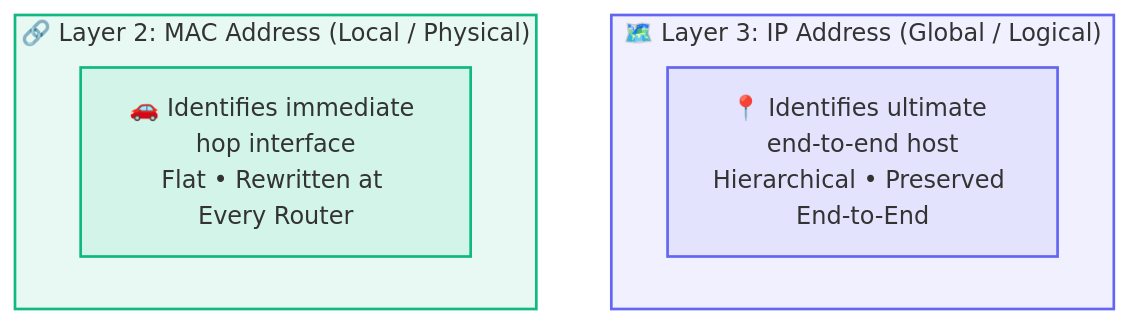
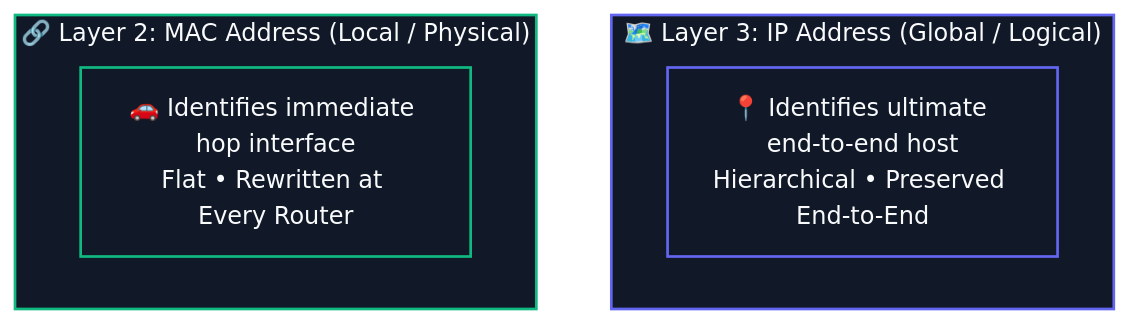
One commit to abhinavbharti2345/CS_Notes changed the second of 4 diagrams in CS/Computer Networking/02. Data Flow & Encapsulation/04. Ethernet and MAC Addressing.md. Above: the diagram before and after it, drawn with Mermaid. The commit also changed other lines of this file and 195 other files, not shown here.

````diff
--- a/CS/Computer Networking/02. Data Flow & Encapsulation/04. Ethernet and MAC Addressing.md
+++ b/CS/Computer Networking/02. Data Flow & Encapsulation/04. Ethernet and MAC Addressing.md
@@ -58,14 +59,15 @@
 ```mermaid
+%%{init: {'theme': 'base', 'themeVariables': { 'darkMode': true, 'background': '#0B0F14', 'mainBkg': '#111827', 'primaryColor': '#111827', 'primaryTextColor': '#F8FAFC', 'primaryBorderColor': '#38BDF8', 'lineColor': '#64748B', 'secondaryColor': '#0B0F14', 'tertiaryColor': '#0B0F14', 'clusterBkg': '#0B0F14', 'clusterBorder': '#38BDF8' }}}%%
 flowchart TD
     subgraph L3 ["🗺️ Layer 3: IP Address (Global / Logical)"]
         IP["📍 Identifies ultimate end-to-end host<br/>Hierarchical • Preserved End-to-End"]
     end
     subgraph L2 ["🔗 Layer 2: MAC Address (Local / Physical)"]
         MAC["🚗 Identifies immediate hop interface<br/>Flat • Rewritten at Every Router"]
     end
 
-    classDef l3 fill:#6366f118,stroke:#6366f1,stroke-width:1.8px;
-    classDef l2 fill:#10b98118,stroke:#10b981,stroke-width:1.8px;
+    classDef l3 fill:#111827,stroke:#6366f1,stroke-width:1.8px,color:#F8FAFC;
+    classDef l2 fill:#111827,stroke:#10b981,stroke-width:1.8px,color:#F8FAFC;
     class L3,IP l3;
     class L2,MAC l2;
 ```
````
